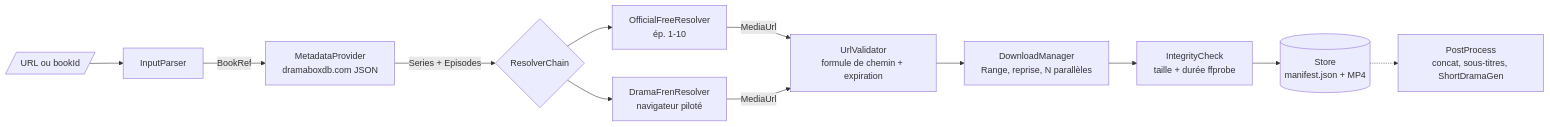
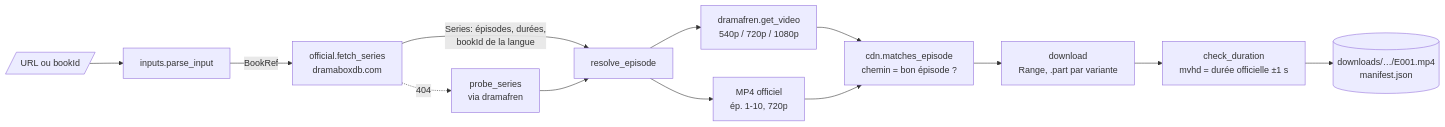
Before and after one commit to noazzouzi/ShortDramaGen: the first of 2 diagrams in docs/02-architecture.md, drawn with Mermaid. The commit also changed other lines of this file and 24 other files, not shown here.

First line of the commit message:
feat: téléchargeur complet des épisodes DramaBox (sdg fetch)

````diff
--- a/docs/02-architecture.md
+++ b/docs/02-architecture.md
@@ -16,13 +20,14 @@
 ```mermaid
 flowchart LR
-    IN[/"URL ou bookId"/] --> P[InputParser]
-    P -->|BookRef| M[MetadataProvider<br/>dramaboxdb.com JSON]
-    M -->|Series + Episodes| R{ResolverChain}
-    R --> R1[OfficialFreeResolver<br/>ép. 1-10]
-    R --> R2[DramaFrenResolver<br/>navigateur piloté]
-    R1 & R2 -->|MediaUrl| V[UrlValidator<br/>formule de chemin + expiration]
-    V --> D[DownloadManager<br/>Range, reprise, N parallèles]
-    D --> C[IntegrityCheck<br/>taille + durée ffprobe]
-    C --> S[(Store<br/>manifest.json + MP4)]
-    S -.-> PP[PostProcess<br/>concat, sous-titres, ShortDramaGen]
+    IN[/"URL ou bookId"/] --> P[inputs.parse_input]
+    P -->|BookRef| M[official.fetch_series<br/>dramaboxdb.com]
+    M -->|Series: épisodes, durées,<br/>bookId de la langue| R[resolve_episode]
+    M -. 404 .-> PR[probe_series<br/>via dramafren]
+    PR --> R
+    R --> R1[dramafren.get_video<br/>540p / 720p / 1080p]
+    R --> R2[MP4 officiel<br/>ép. 1-10, 720p]
+    R1 & R2 --> V[cdn.matches_episode<br/>chemin = bon épisode ?]
+    V --> D[download<br/>Range, .part par variante]
+    D --> C[check_duration<br/>mvhd = durée officielle ±1 s]
+    C --> S[(downloads/…/E001.mp4<br/>manifest.json)]
 ```
````
